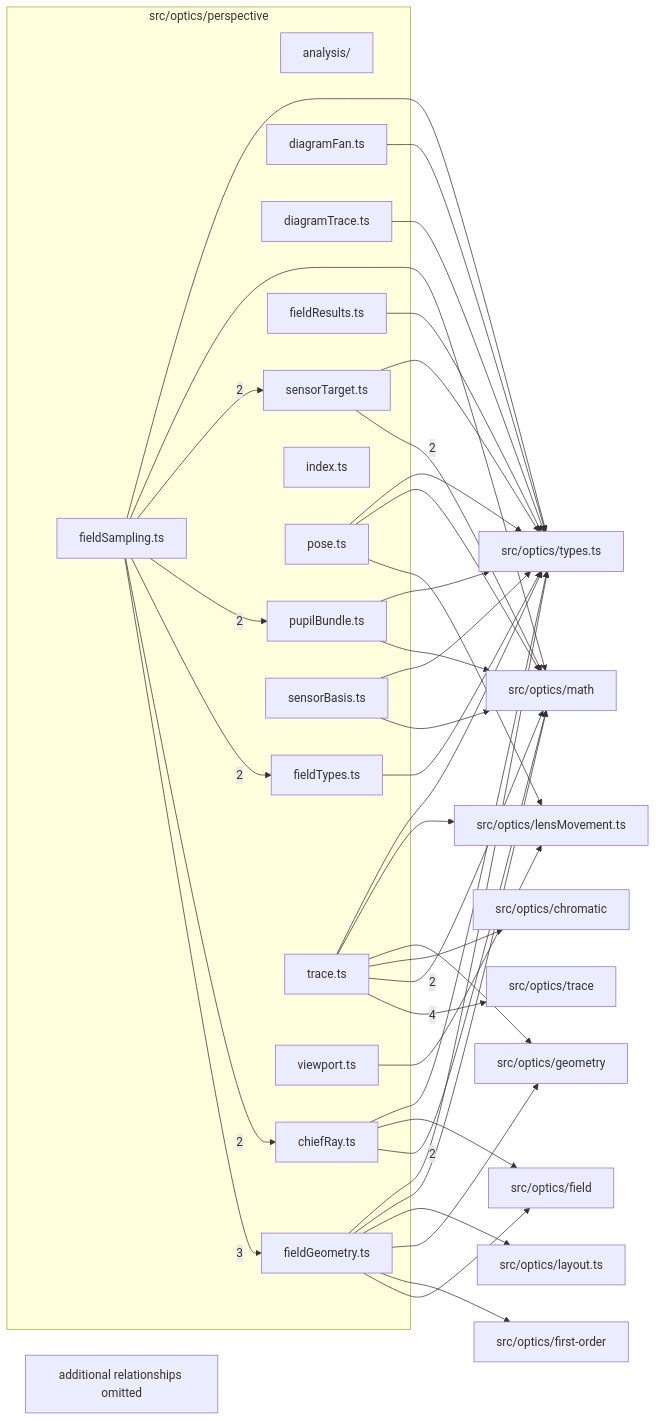
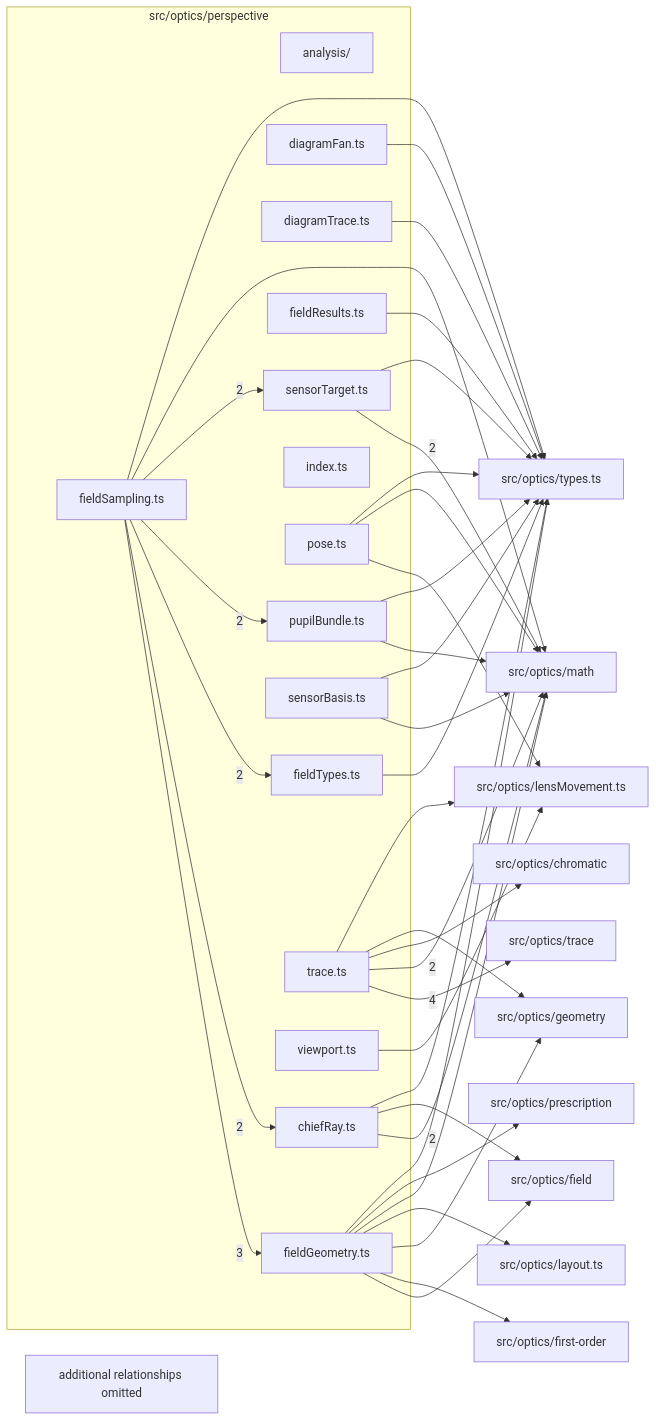
The diagram in src/optics/perspective/readme.md (BeamFour/LensVisualizer), drawn with Mermaid before and after one commit. The commit also changed other lines of this file and 56 other files, not shown here.

````diff
--- a/src/optics/perspective/readme.md
+++ b/src/optics/perspective/readme.md
@@ -9,66 +9,67 @@
 ```mermaid
 flowchart LR
   subgraph n_src_optics_perspective["src/optics/perspective"]
     n_src_optics_perspective_src_optics_perspective_analysis["analysis/"]
     n_src_optics_perspective_src_optics_perspective_chiefRay_ts["chiefRay.ts"]
     n_src_optics_perspective_src_optics_perspective_diagramFan_ts["diagramFan.ts"]
     n_src_optics_perspective_src_optics_perspective_diagramTrace_ts["diagramTrace.ts"]
     n_src_optics_perspective_src_optics_perspective_fieldGeometry_ts["fieldGeometry.ts"]
     n_src_optics_perspective_src_optics_perspective_fieldResults_ts["fieldResults.ts"]
     n_src_optics_perspective_src_optics_perspective_fieldSampling_ts["fieldSampling.ts"]
     n_src_optics_perspective_src_optics_perspective_fieldTypes_ts["fieldTypes.ts"]
     n_src_optics_perspective_src_optics_perspective_index_ts["index.ts"]
     n_src_optics_perspective_src_optics_perspective_pose_ts["pose.ts"]
     n_src_optics_perspective_src_optics_perspective_pupilBundle_ts["pupilBundle.ts"]
     n_src_optics_perspective_src_optics_perspective_sensorBasis_ts["sensorBasis.ts"]
     n_src_optics_perspective_src_optics_perspective_sensorTarget_ts["sensorTarget.ts"]
     n_src_optics_perspective_src_optics_perspective_trace_ts["trace.ts"]
     n_src_optics_perspective_src_optics_perspective_viewport_ts["viewport.ts"]
   end
   n_external_src_optics_trace["src/optics/trace"]
   n_external_src_optics_math["src/optics/math"]
   n_external_src_optics_chromatic["src/optics/chromatic"]
   n_external_src_optics_field["src/optics/field"]
   n_external_src_optics_first_order["src/optics/first-order"]
   n_external_src_optics_geometry["src/optics/geometry"]
   n_external_src_optics_layout_ts["src/optics/layout.ts"]
   n_external_src_optics_lensMovement_ts["src/optics/lensMovement.ts"]
+  n_external_src_optics_prescription["src/optics/prescription"]
   n_external_src_optics_types_ts["src/optics/types.ts"]
   n_src_optics_perspective_src_optics_perspective_trace_ts --> |4| n_external_src_optics_trace
   n_src_optics_perspective_src_optics_perspective_fieldSampling_ts --> |3| n_src_optics_perspective_src_optics_perspective_fieldGeometry_ts
   n_src_optics_perspective_src_optics_perspective_chiefRay_ts --> |2| n_external_src_optics_math
   n_src_optics_perspective_src_optics_perspective_sensorTarget_ts --> |2| n_external_src_optics_math
   n_src_optics_perspective_src_optics_perspective_trace_ts --> |2| n_external_src_optics_math
   n_src_optics_perspective_src_optics_perspective_fieldSampling_ts --> |2| n_src_optics_perspective_src_optics_perspective_chiefRay_ts
   n_src_optics_perspective_src_optics_perspective_fieldSampling_ts --> |2| n_src_optics_perspective_src_optics_perspective_fieldTypes_ts
   n_src_optics_perspective_src_optics_perspective_fieldSampling_ts --> |2| n_src_optics_perspective_src_optics_perspective_pupilBundle_ts
   n_src_optics_perspective_src_optics_perspective_fieldSampling_ts --> |2| n_src_optics_perspective_src_optics_perspective_sensorTarget_ts
   n_src_optics_perspective_src_optics_perspective_trace_ts --> n_external_src_optics_chromatic
   n_src_optics_perspective_src_optics_perspective_chiefRay_ts --> n_external_src_optics_field
   n_src_optics_perspective_src_optics_perspective_fieldGeometry_ts --> n_external_src_optics_field
   n_src_optics_perspective_src_optics_perspective_fieldGeometry_ts --> n_external_src_optics_first_order
   n_src_optics_perspective_src_optics_perspective_fieldGeometry_ts --> n_external_src_optics_geometry
   n_src_optics_perspective_src_optics_perspective_trace_ts --> n_external_src_optics_geometry
   n_src_optics_perspective_src_optics_perspective_fieldGeometry_ts --> n_external_src_optics_layout_ts
   n_src_optics_perspective_src_optics_perspective_pose_ts --> n_external_src_optics_lensMovement_ts
   n_src_optics_perspective_src_optics_perspective_trace_ts --> n_external_src_optics_lensMovement_ts
   n_src_optics_perspective_src_optics_perspective_viewport_ts --> n_external_src_optics_lensMovement_ts
   n_src_optics_perspective_src_optics_perspective_fieldGeometry_ts --> n_external_src_optics_math
   n_src_optics_perspective_src_optics_perspective_fieldSampling_ts --> n_external_src_optics_math
   n_src_optics_perspective_src_optics_perspective_pose_ts --> n_external_src_optics_math
   n_src_optics_perspective_src_optics_perspective_pupilBundle_ts --> n_external_src_optics_math
   n_src_optics_perspective_src_optics_perspective_sensorBasis_ts --> n_external_src_optics_math
+  n_src_optics_perspective_src_optics_perspective_fieldGeometry_ts --> n_external_src_optics_prescription
   n_src_optics_perspective_src_optics_perspective_chiefRay_ts --> n_external_src_optics_types_ts
   n_src_optics_perspective_src_optics_perspective_diagramFan_ts --> n_external_src_optics_types_ts
   n_src_optics_perspective_src_optics_perspective_diagramTrace_ts --> n_external_src_optics_types_ts
   n_src_optics_perspective_src_optics_perspective_fieldGeometry_ts --> n_external_src_optics_types_ts
   n_src_optics_perspective_src_optics_perspective_fieldResults_ts --> n_external_src_optics_types_ts
   n_src_optics_perspective_src_optics_perspective_fieldSampling_ts --> n_external_src_optics_types_ts
   n_src_optics_perspective_src_optics_perspective_fieldTypes_ts --> n_external_src_optics_types_ts
   n_src_optics_perspective_src_optics_perspective_pose_ts --> n_external_src_optics_types_ts
   n_src_optics_perspective_src_optics_perspective_pupilBundle_ts --> n_external_src_optics_types_ts
   n_src_optics_perspective_src_optics_perspective_sensorBasis_ts --> n_external_src_optics_types_ts
   n_src_optics_perspective_src_optics_perspective_sensorTarget_ts --> n_external_src_optics_types_ts
-  n_src_optics_perspective_src_optics_perspective_trace_ts --> n_external_src_optics_types_ts
   n_src_optics_perspective_truncated["additional relationships omitted"]
 ```
````
